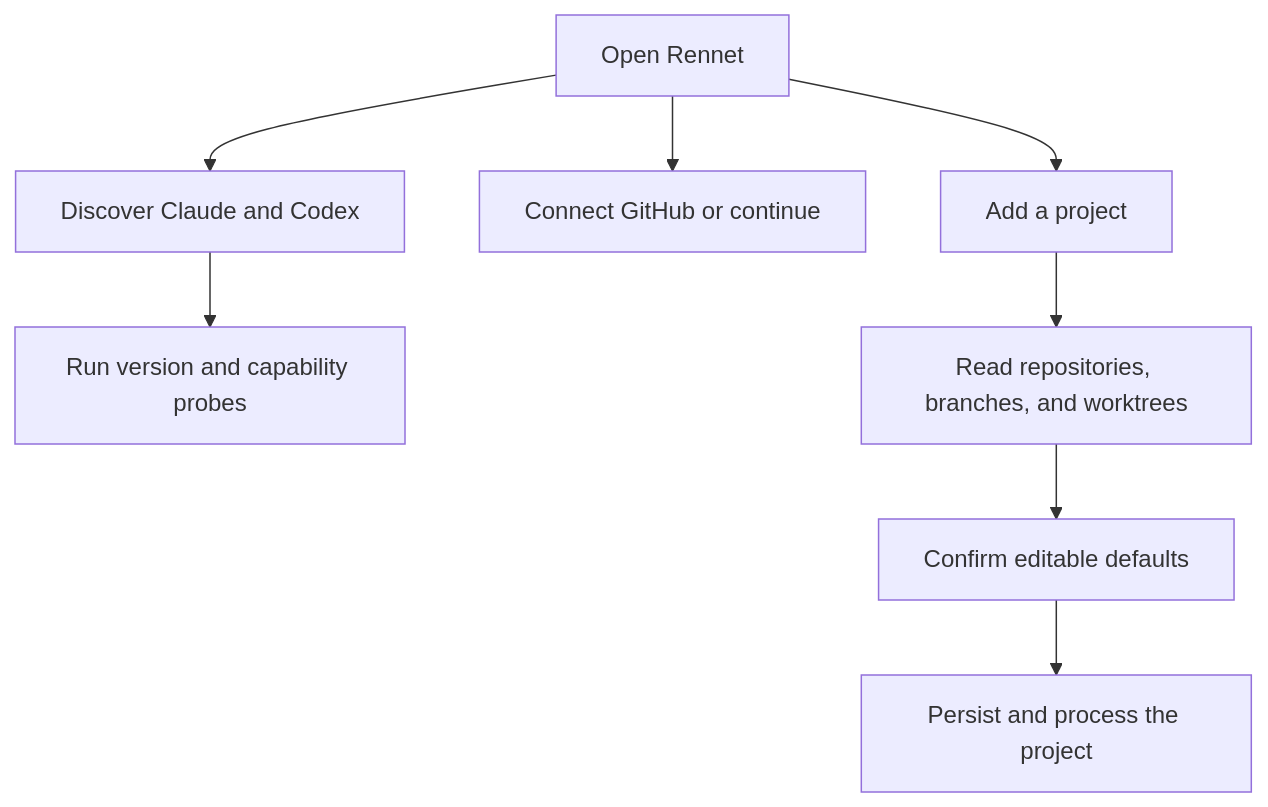
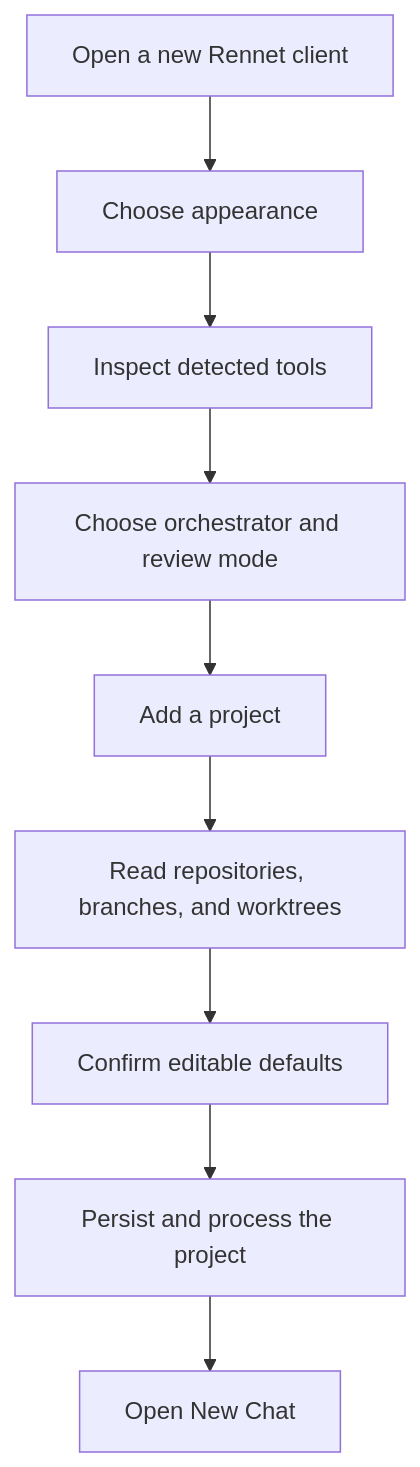
One commit to rbutera/Rennet changed the diagram in docs/developing/guides/settings-and-setup.md. Above: the diagram before and after it, drawn with Mermaid. The commit also changed other lines of this file and 53 other files, not shown here.

````diff
--- a/docs/developing/guides/settings-and-setup.md
+++ b/docs/developing/guides/settings-and-setup.md
@@ -33,10 +55,11 @@
 ```mermaid
 flowchart TD
-  open["Open Rennet"] --> harnesses["Discover Claude and Codex"]
-  harnesses --> probes["Run version and capability probes"]
-  open --> github["Connect GitHub or continue"]
-  open --> projects["Add a project"]
+  open["Open a new Rennet client"] --> appearance["Choose appearance"]
+  appearance --> tools["Inspect detected tools"]
+  tools --> harnesses["Choose orchestrator and review mode"]
+  harnesses --> projects["Add a project"]
   projects --> discover["Read repositories, branches, and worktrees"]
   discover --> confirm["Confirm editable defaults"]
   confirm --> process["Persist and process the project"]
+  process --> chat["Open New Chat"]
 ```
````
